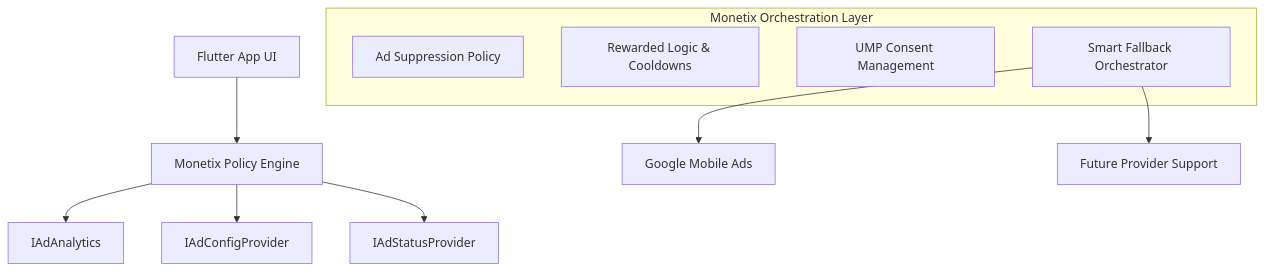
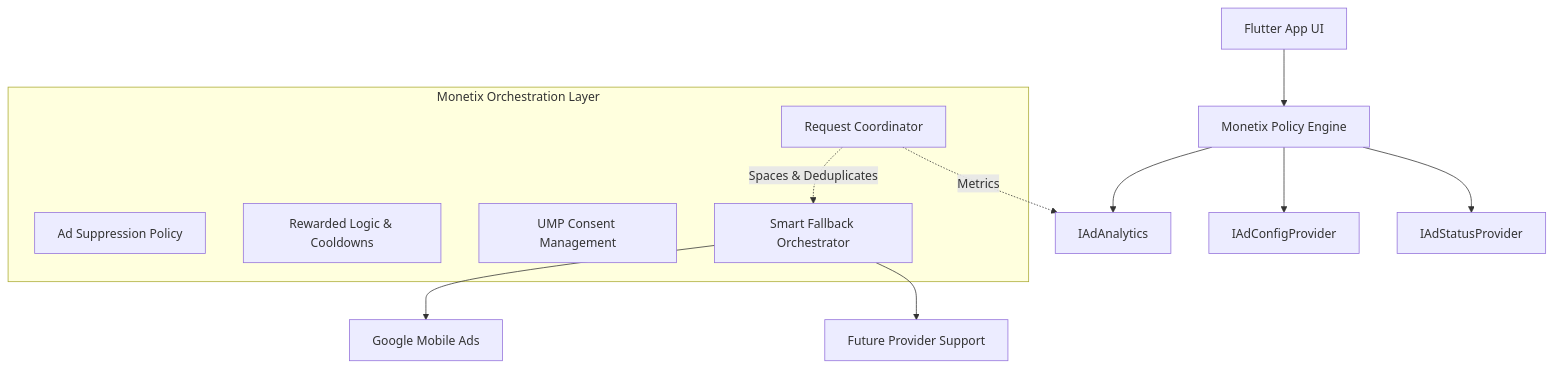
Before and after one commit to stfleurs/monetix_flutter: the first of 2 diagrams in README.md, drawn with Mermaid. The commit also changed other lines of this file and 4 other files, not shown here.

````diff
--- a/README.md
+++ b/README.md
@@ -97,18 +97,22 @@
 ```mermaid
 graph TD
     UI[Flutter App UI] --> EngineNode[Monetix Policy Engine]
     
     subgraph EngineSub ["Monetix Orchestration Layer"]
         Policy[Ad Suppression Policy]
         Rewarded[Rewarded Logic & Cooldowns]
         Consent[UMP Consent Management]
         Fallback[Smart Fallback Orchestrator]
+        Coordinator[Request Coordinator]
     end
     
     EngineNode --> Analytics[IAdAnalytics]
     EngineNode --> Config[IAdConfigProvider]
     EngineNode --> Status[IAdStatusProvider]
     
     Fallback --> AdMob[Google Mobile Ads]
     Fallback --> Others[Future Provider Support]
+    
+    Coordinator -.->|Spaces & Deduplicates| Fallback
+    Coordinator -.->|Metrics| Analytics
 ```
````
